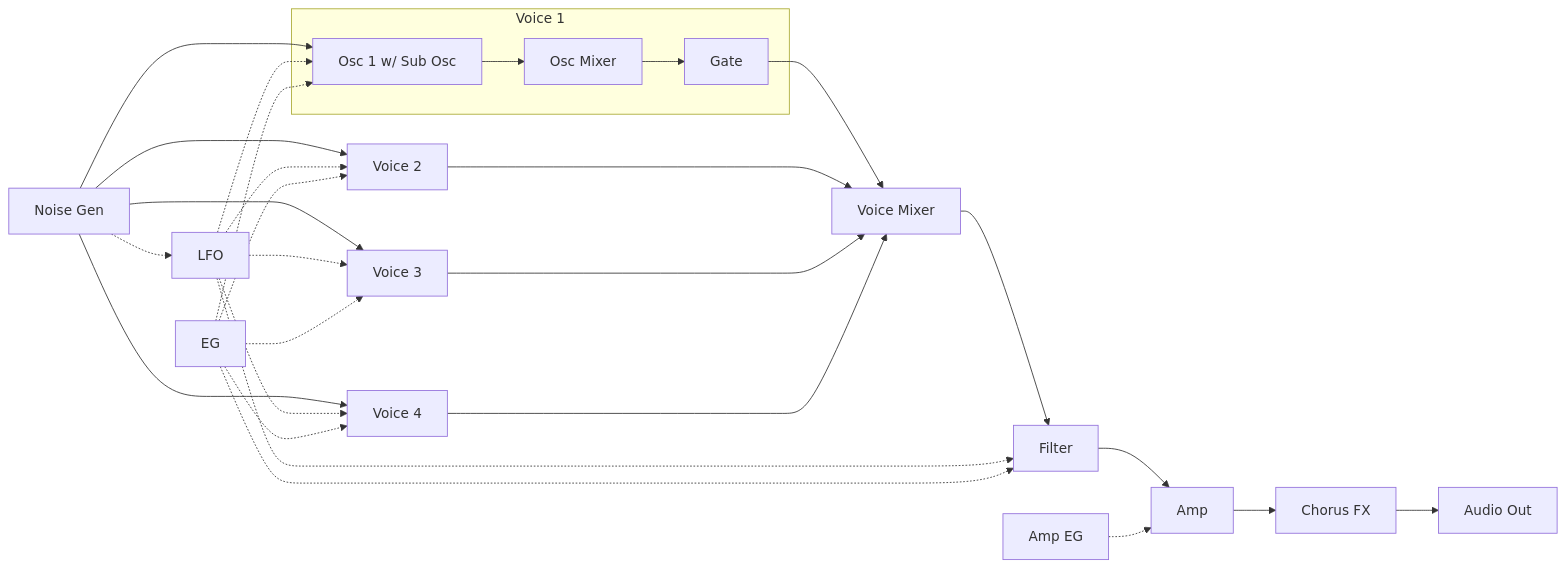
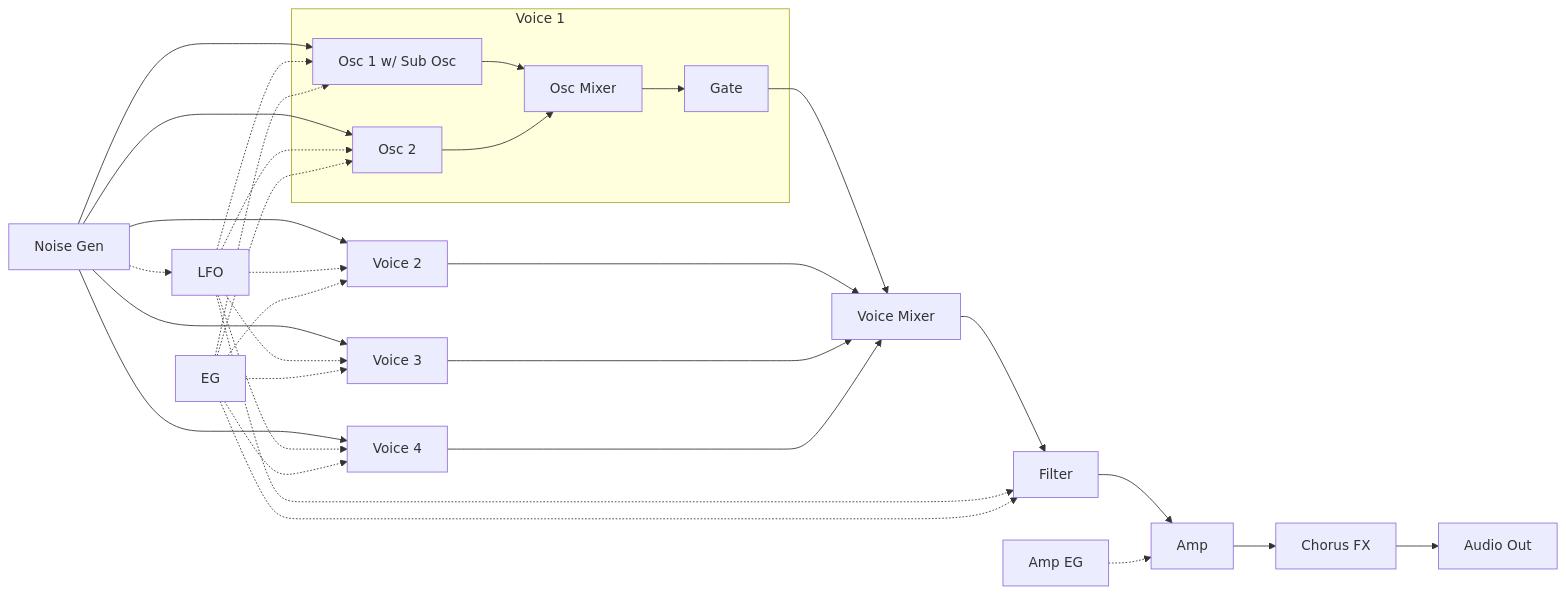
The second of 2 diagrams in README.md (risgk/digital-synth-pra32-u), drawn with Mermaid before and after one commit. The commit also changed 4 other files, not shown here.

````diff
--- a/README.md
+++ b/README.md
@@ -110,15 +110,16 @@
 ```mermaid
 graph LR
     subgraph V1[Voice 1]
         V1O1[Osc 1 w/ Sub Osc] --> V1OM[Osc Mixer]
         V1OM --> V1G[Gate]
+        V1O2[Osc 2] --> V1OM
     end
     V1G --> VM[Voice Mixer]
     V2[Voice 2] & V3[Voice 3] & V4[Voice 4] --> VM
     VM --> F[Filter] --> A[Amp] --> C[Chorus FX] --> AO[Audio Out]
-    N[Noise Gen]  --> V1O1 & V2 & V3 & V4
+    N[Noise Gen]  --> V1O1 & V1O2 & V2 & V3 & V4
     N -.-> L[LFO]
-    L -.-> V1O1 & V2 & V3 & V4 & F
-    E[EG] -.-> V1O1 & V2 & V3 & V4 & F
+    L -.-> V1O1 & V1O2 & V2 & V3 & V4 & F
+    E[EG] -.-> V1O1 & V1O2 & V2 & V3 & V4 & F
     AE[Amp EG] -.-> A
 ```
````
